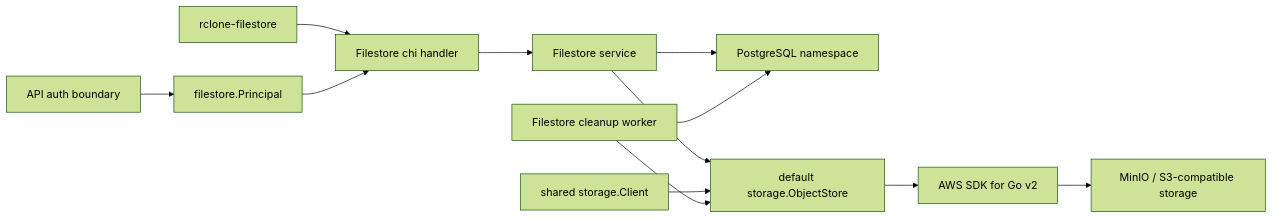
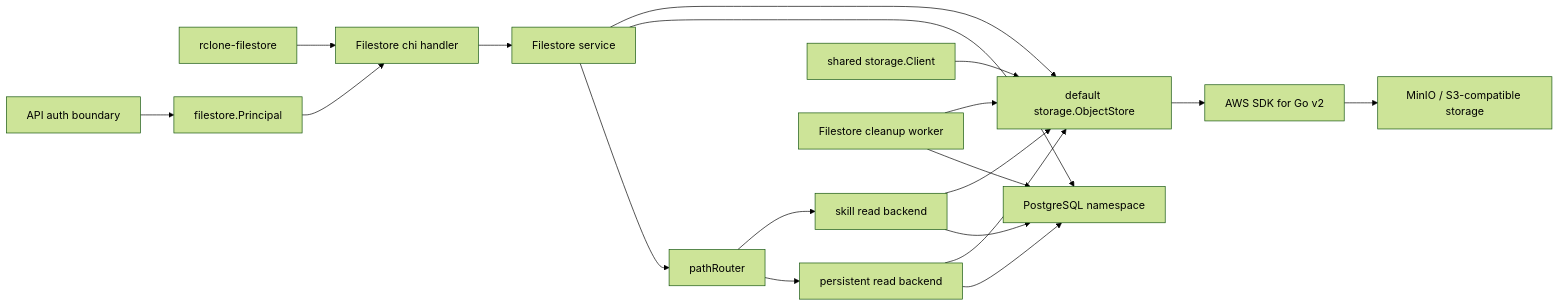
Before and after one commit to superduck-ai/open-managed-agents: the first of 4 diagrams in docs/design/be/filestore.md, drawn with Mermaid (forest theme). The commit also changed other lines of this file and 8 other files, not shown here.

````diff
--- a/docs/design/be/filestore.md
+++ b/docs/design/be/filestore.md
@@ -26,14 +28,21 @@
 ```mermaid
 flowchart LR
     R["rclone-filestore"] --> H["Filestore chi handler"]
     AUTH["API auth boundary"] --> P["filestore.Principal"]
     P --> H
     H --> S["Filestore service"]
+    S --> PR["pathRouter"]
+    PR --> PB["persistent read backend"]
+    PR --> SB["skill read backend"]
+    PB --> D
+    PB --> T
+    SB --> D
+    SB --> T
     S --> D["PostgreSQL namespace"]
     S --> T["default storage.ObjectStore"]
     SC["shared storage.Client"] --> T
     T --> A["AWS SDK for Go v2"]
     A --> O["MinIO / S3-compatible storage"]
     C["Filestore cleanup worker"] --> D
     C --> T
 ```
````
